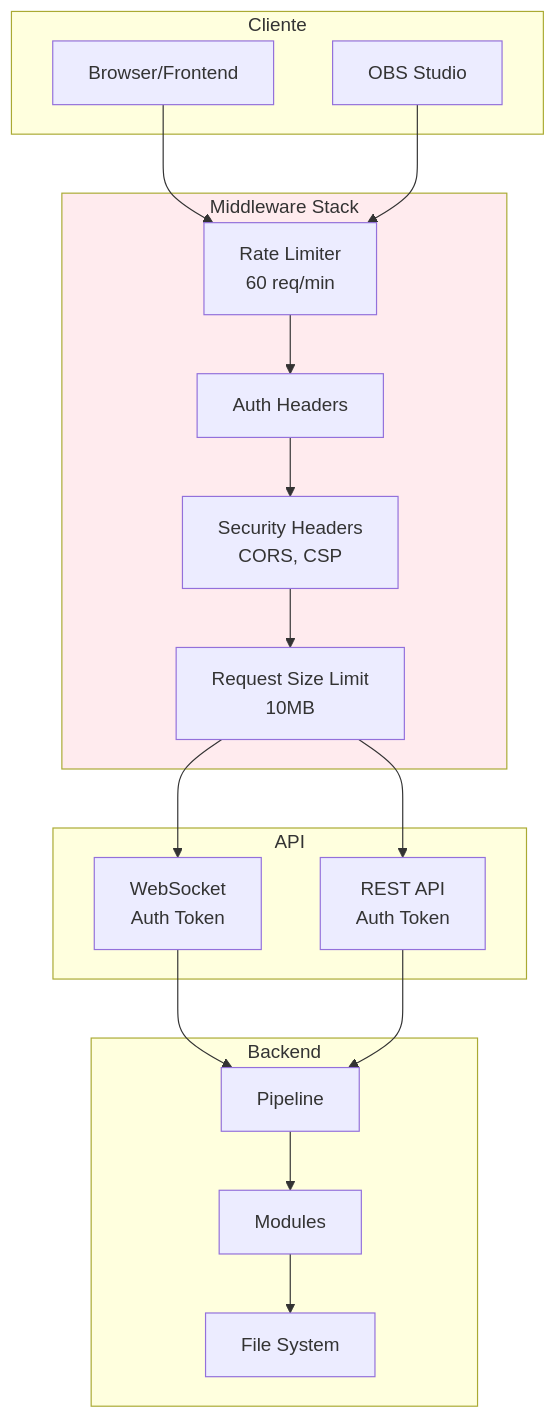
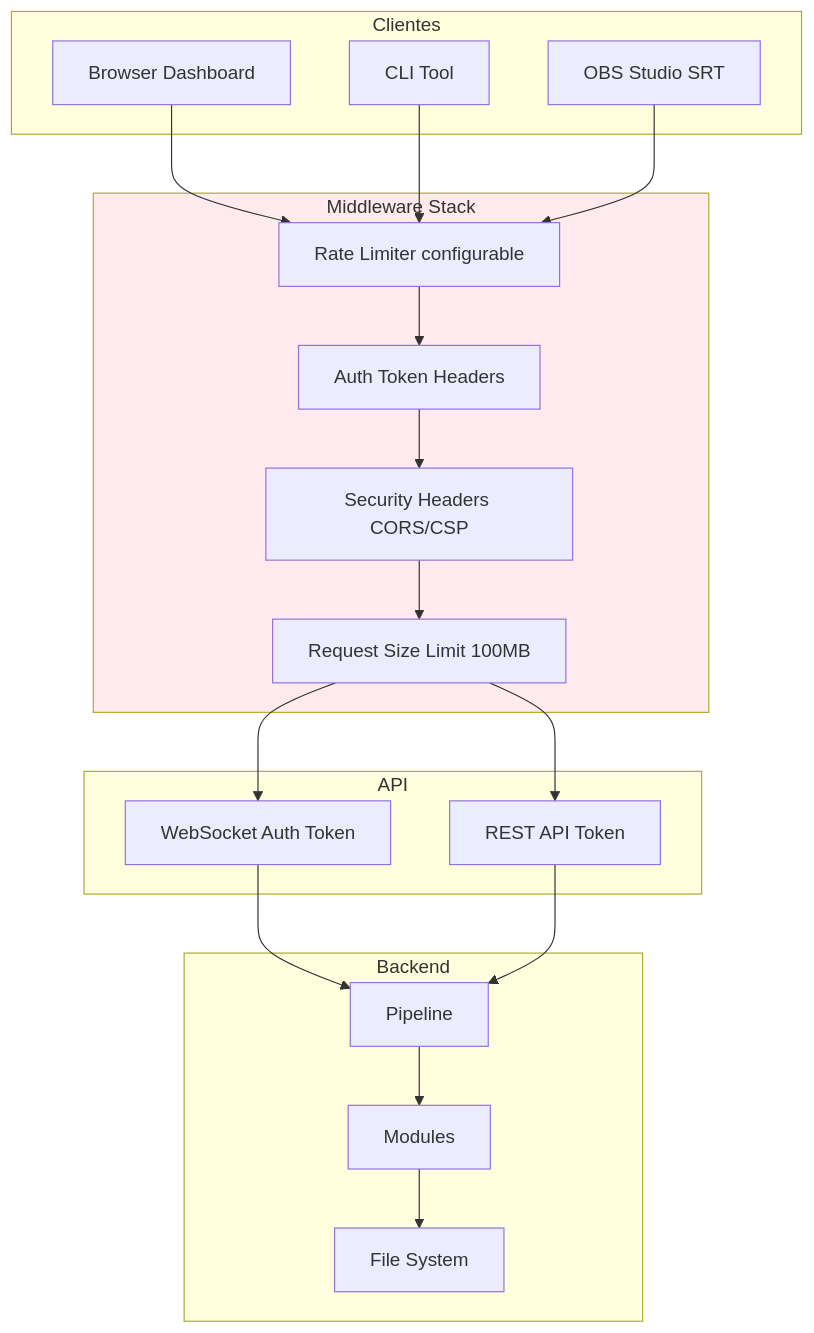
The sixth of 10 diagrams in docs/architecture.md (BrunoJimenez73/srt2web), drawn with Mermaid before and after one commit. The commit also changed other lines of this file and 7 other files, not shown here.

Commit message:
docs: Update and expand documentation - multi-output, WebRTC, CLI, signals/effects, pipeline modes

````diff
--- a/docs/architecture.md
+++ b/docs/architecture.md
@@ -273,43 +369,41 @@
 ```mermaid
 flowchart TB
-    subgraph Client["Cliente"]
-        UI[Browser/Frontend]
-        OBS[OBS Studio]
+    subgraph Client["Clientes"]
+        UI[Browser Dashboard]
+        OBS[OBS Studio SRT]
+        CLI[CLI Tool]
     end
 
     subgraph Security["Middleware Stack"]
-        RH[Rate Limiter<br/>60 req/min]
-        AH[Auth Headers]
-        SH[Security Headers<br/>CORS, CSP]
-        RL[Request Size Limit<br/>10MB]
+        RH[Rate Limiter configurable]
+        AH[Auth Token Headers]
+        SH[Security Headers CORS/CSP]
+        RL[Request Size Limit 100MB]
     end
 
     subgraph Server["API"]
-        WS[WebSocket<br/>Auth Token]
-        API[REST API<br/>Auth Token]
+        WS[WebSocket Auth Token]
+        API[REST API Token]
     end
 
     subgraph Backend["Backend"]
         P[Pipeline]
         M[Modules]
         FS[File System]
     end
 
     UI --> RH
+    CLI --> RH
     OBS --> RH
 
-    RH --> AH
-    AH --> SH
-    SH --> RL
+    RH --> AH --> SH --> RL
 
     RL --> WS
     RL --> API
 
     WS --> P
     API --> P
-
-    P --> M
-    M --> FS
+    P --> M --> FS
 
     style Security fill:#ffebee
 ```
````
